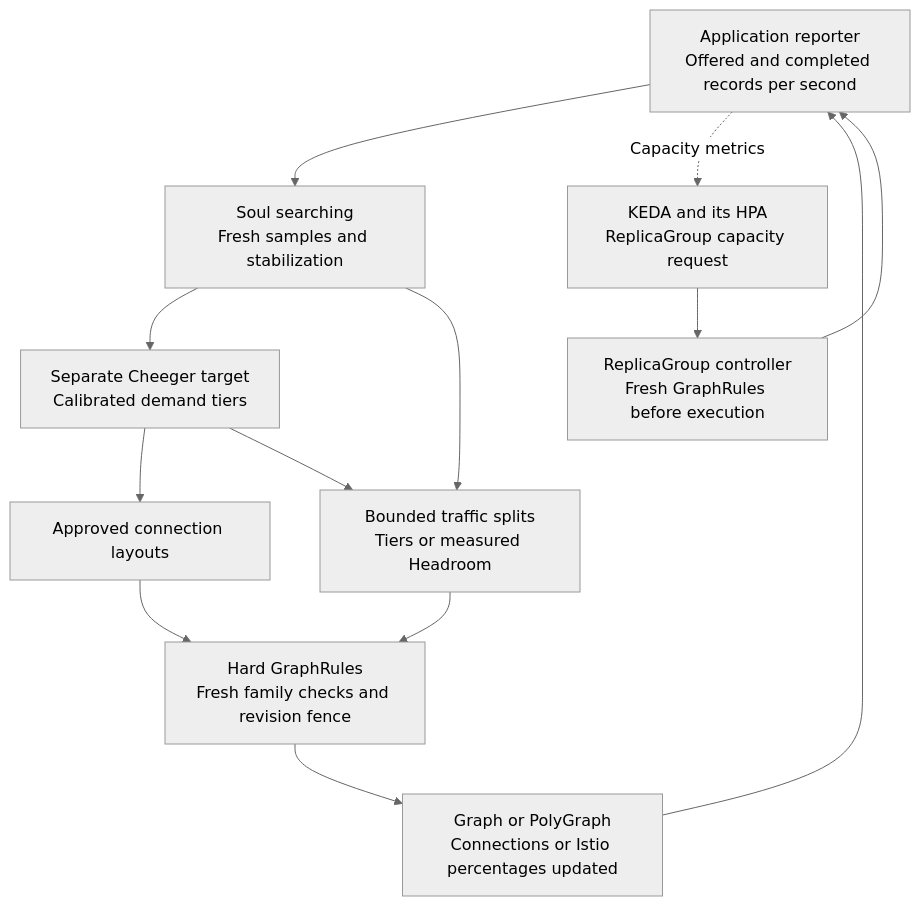
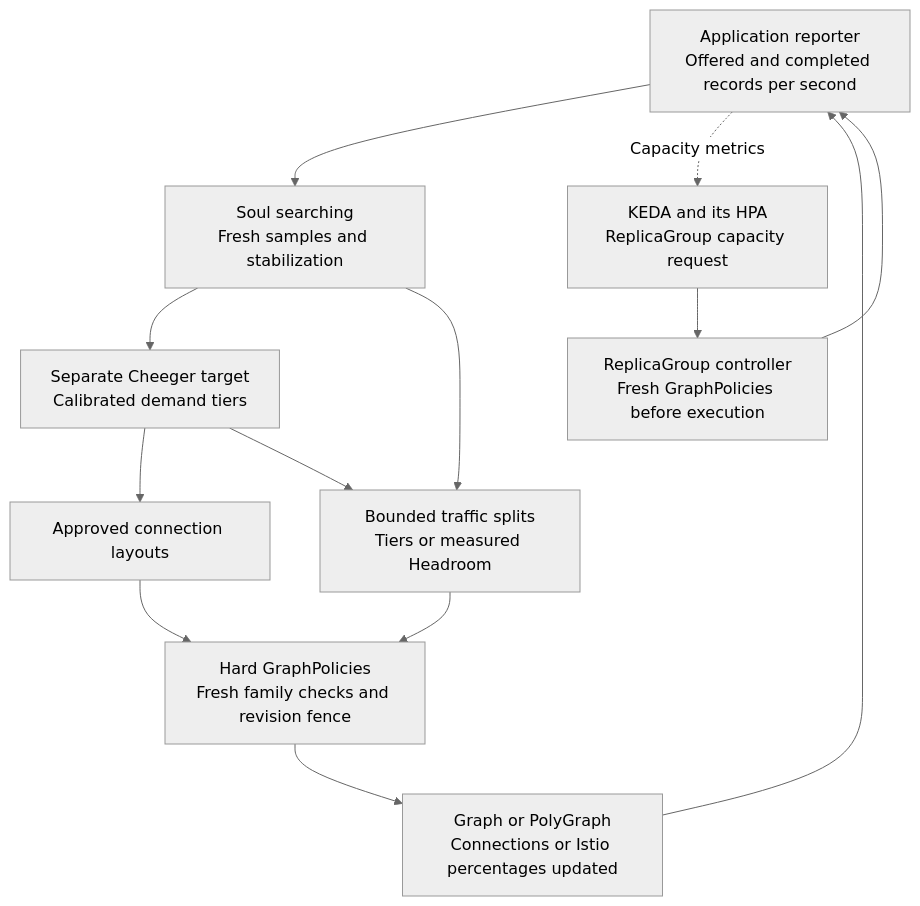
Before and after one commit to astrivant/polyad: the diagram in docs/graphs/soul-searching.md, drawn with Mermaid (neutral theme). The commit also changed other lines of this file and 182 other files, not shown here.

Commit message:
GraphPolicies rename

````diff
--- a/docs/graphs/soul-searching.md
+++ b/docs/graphs/soul-searching.md
@@ -63,18 +63,18 @@
 ```mermaid
 flowchart TB
     application["Application reporter<br/>Offered and completed records per second"]
     feedback["Soul searching<br/>Fresh samples and stabilization"]
     targets["Separate Cheeger target<br/>Calibrated demand tiers"]
     layouts["Approved connection layouts"]
     traffic["Bounded traffic splits<br/>Tiers or measured Headroom"]
-    rules["Hard GraphRules<br/>Fresh family checks and revision fence"]
+    policies["Hard GraphPolicies<br/>Fresh family checks and revision fence"]
     topology["Graph or PolyGraph<br/>Connections or Istio percentages updated"]
     autoscale["KEDA and its HPA<br/>ReplicaGroup capacity request"]
-    replicas["ReplicaGroup controller<br/>Fresh GraphRules before execution"]
-    application --> feedback --> targets --> layouts --> rules --> topology
-    feedback --> traffic --> rules
+    replicas["ReplicaGroup controller<br/>Fresh GraphPolicies before execution"]
+    application --> feedback --> targets --> layouts --> policies --> topology
+    feedback --> traffic --> policies
     targets --> traffic
     application -. "Capacity metrics" .-> autoscale --> replicas
     topology --> application
     replicas --> application
 ```
````
